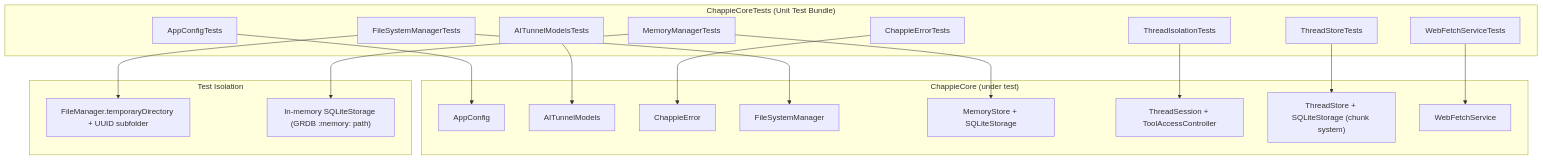
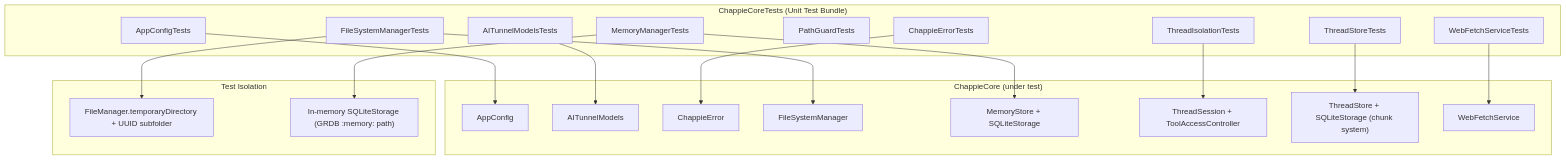
One commit to iOSIvanovS/chappieai changed the diagram in ChappieCoreTests/architecture.md. Above: the diagram before and after it, drawn with Mermaid. The commit also changed other lines of this file and 18 other files, not shown here.

First line of the commit message:
Confine file, document and loc_* tools to project roots (PathGuard)

````diff
--- a/ChappieCoreTests/architecture.md
+++ b/ChappieCoreTests/architecture.md
@@ -47,41 +48,42 @@
 ```mermaid
 graph TD
     subgraph TestTarget["ChappieCoreTests (Unit Test Bundle)"]
         ACT["AppConfigTests"]
         ATMT["AITunnelModelsTests"]
         CET["ChappieErrorTests"]
         FSMT["FileSystemManagerTests"]
+        PGT["PathGuardTests"]
         MMT["MemoryManagerTests"]
         TIT["ThreadIsolationTests"]
         TSTT["ThreadStoreTests"]
         WFST["WebFetchServiceTests"]
     end
 
     subgraph Core["ChappieCore (under test)"]
         AC["AppConfig"]
         ATM["AITunnelModels"]
         CE["ChappieError"]
         FSM["FileSystemManager"]
         MemM["MemoryStore + SQLiteStorage"]
         TS["ThreadSession + ToolAccessController"]
         TST["ThreadStore + SQLiteStorage (chunk system)"]
         WFS["WebFetchService"]
     end
 
     ACT --> AC
     ATMT --> ATM
     CET --> CE
     FSMT --> FSM
     MMT --> MemM
     TIT --> TS
     TSTT --> TST
     WFST --> WFS
 
     subgraph Isolation["Test Isolation"]
         TmpDir["FileManager.temporaryDirectory + UUID subfolder"]
         InMemDB["In-memory SQLiteStorage (GRDB :memory: path)"]
     end
 
     MMT --> InMemDB
     FSMT --> TmpDir
 ```
````
